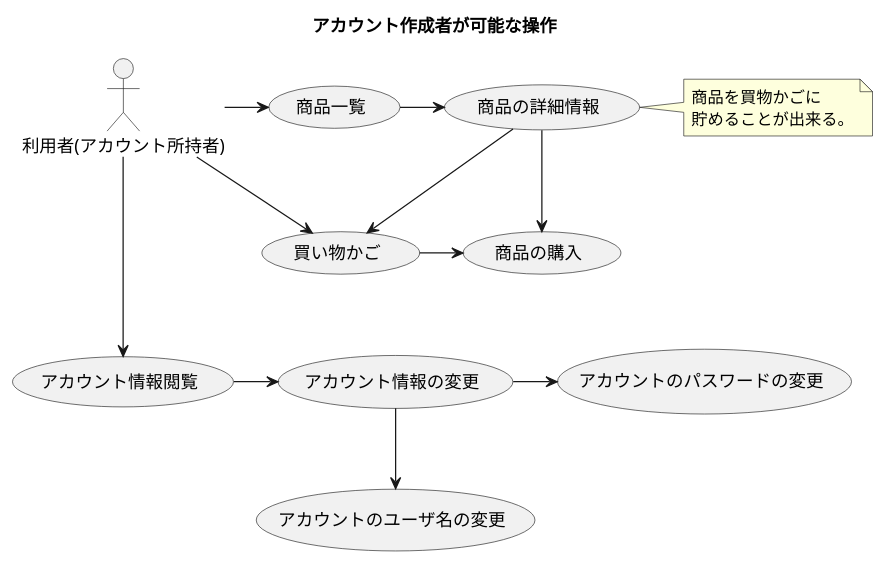
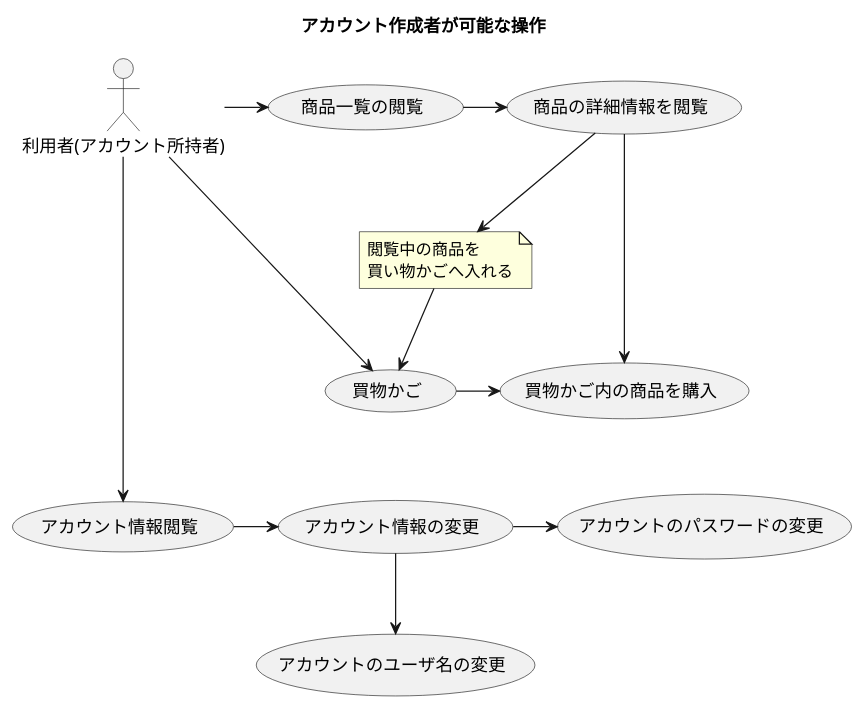
Before and after one commit to whalego/django_market_app: the second of 2 diagrams in products_documents/workflow_diagram/user_workfrow.puml, drawn with PlantUML. The commit also changed other lines of this file, not shown here.

Commit message:
利用者ワークフローを少し修正

```diff
--- a/products_documents/workflow_diagram/user_workfrow.puml
+++ b/products_documents/workflow_diagram/user_workfrow.puml
@@ -16,32 +16,33 @@
 @startuml
 title
 アカウント作成者が可能な操作
 end title
 
 :利用者(アカウント所持者): as has_account_user
-(商品一覧) as item_list
-(商品の詳細情報) as item
-(買い物かご) as item_bucket
-(商品の購入) as buy_items
+(商品一覧の閲覧) as item_list
+(商品の詳細情報を閲覧) as item
+(買物かご) as item_bucket
+(買物かご内の商品を購入) as buy_items
 (アカウント情報閲覧) as account_info
 (アカウント情報の変更) as change_account_info
 (アカウントのパスワードの変更) as change_password
 (アカウントのユーザ名の変更) as change_user_name
 
 has_account_user -> item_list
 item_list -> item
-item -> item_bucket
-note right of item
-    商品を買物かごに
-    貯めることが出来る。
-end note
-has_account_user --> item_bucket
-item --> buy_items
+
+note "閲覧中の商品を\n買い物かごへ入れる" as item_in_bucket
+
+item --> item_in_bucket
+item_in_bucket --> item_bucket
+
+has_account_user ---> item_bucket
+item -> buy_items
 item_bucket -> buy_items
 
-has_account_user ---> account_info
+has_account_user ----> account_info
 account_info -> change_account_info
 change_account_info --> change_user_name
 change_account_info -> change_password
 
 @enduml
```
